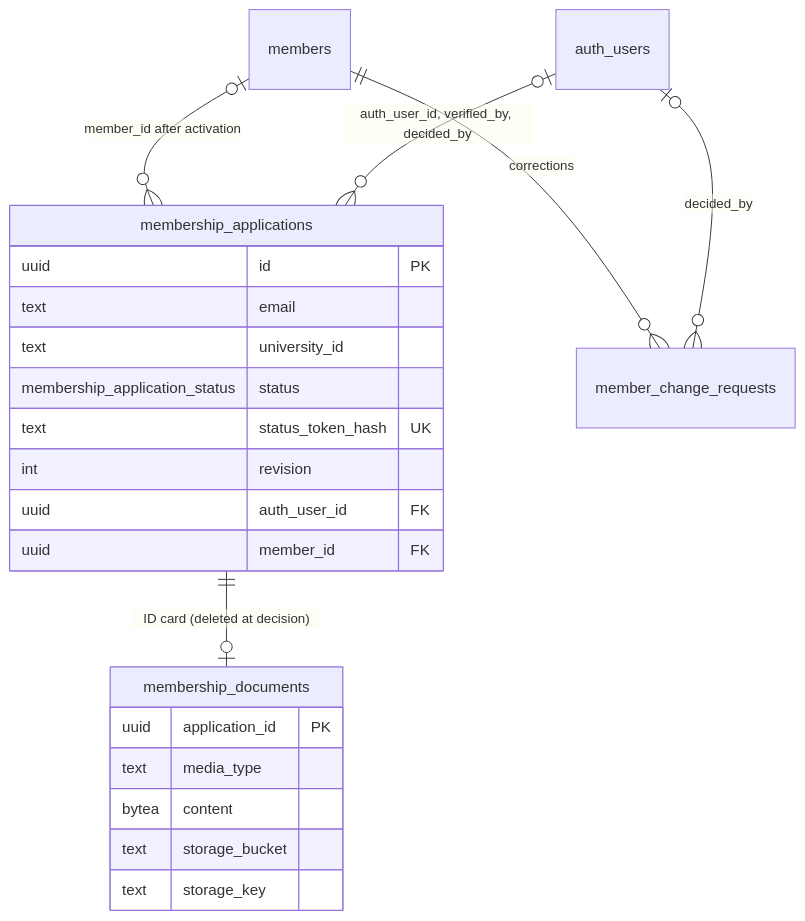
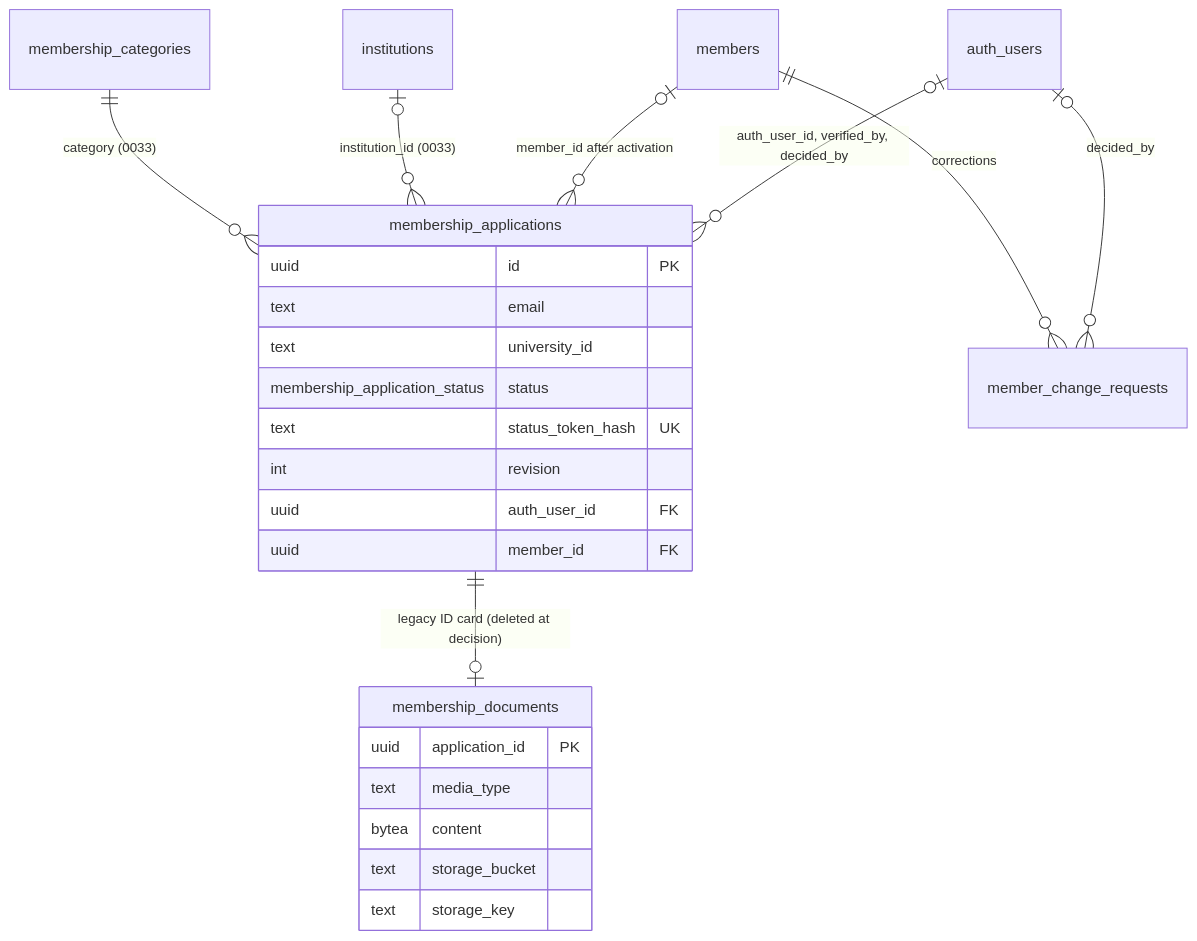
One commit to EngCrafters/engsoc-platform changed the third of 5 diagrams in docs/reference/database-schema.md. Above: the diagram before and after it, drawn with Mermaid. The commit also changed other lines of this file and 201 other files, not shown here.

````diff
--- a/docs/reference/database-schema.md
+++ b/docs/reference/database-schema.md
@@ -115,25 +117,27 @@
 ```mermaid
 erDiagram
-  membership_applications ||--o| membership_documents : "ID card (deleted at decision)"
+  membership_applications ||--o| membership_documents : "legacy ID card (deleted at decision)"
+  membership_categories ||--o{ membership_applications : "category (0033)"
+  institutions |o--o{ membership_applications : "institution_id (0033)"
   members |o--o{ membership_applications : "member_id after activation"
   auth_users |o--o{ membership_applications : "auth_user_id, verified_by, decided_by"
   members ||--o{ member_change_requests : "corrections"
   auth_users |o--o{ member_change_requests : "decided_by"
   membership_applications {
     uuid id PK
     text email
     text university_id
     membership_application_status status
     text status_token_hash UK
     int revision
     uuid auth_user_id FK
     uuid member_id FK
   }
   membership_documents {
     uuid application_id PK
     text media_type
     bytea content
     text storage_bucket
     text storage_key
   }
 ```
````
